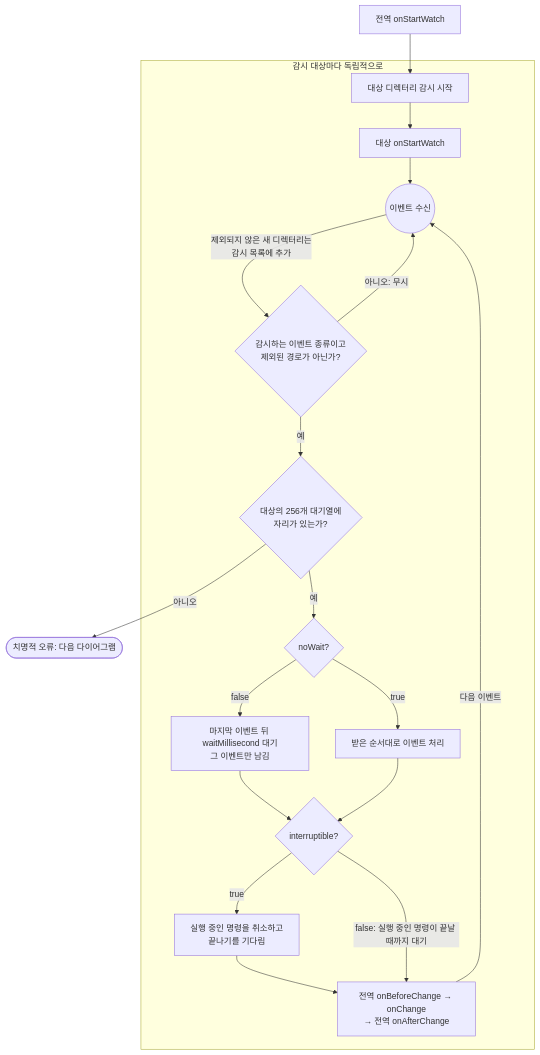
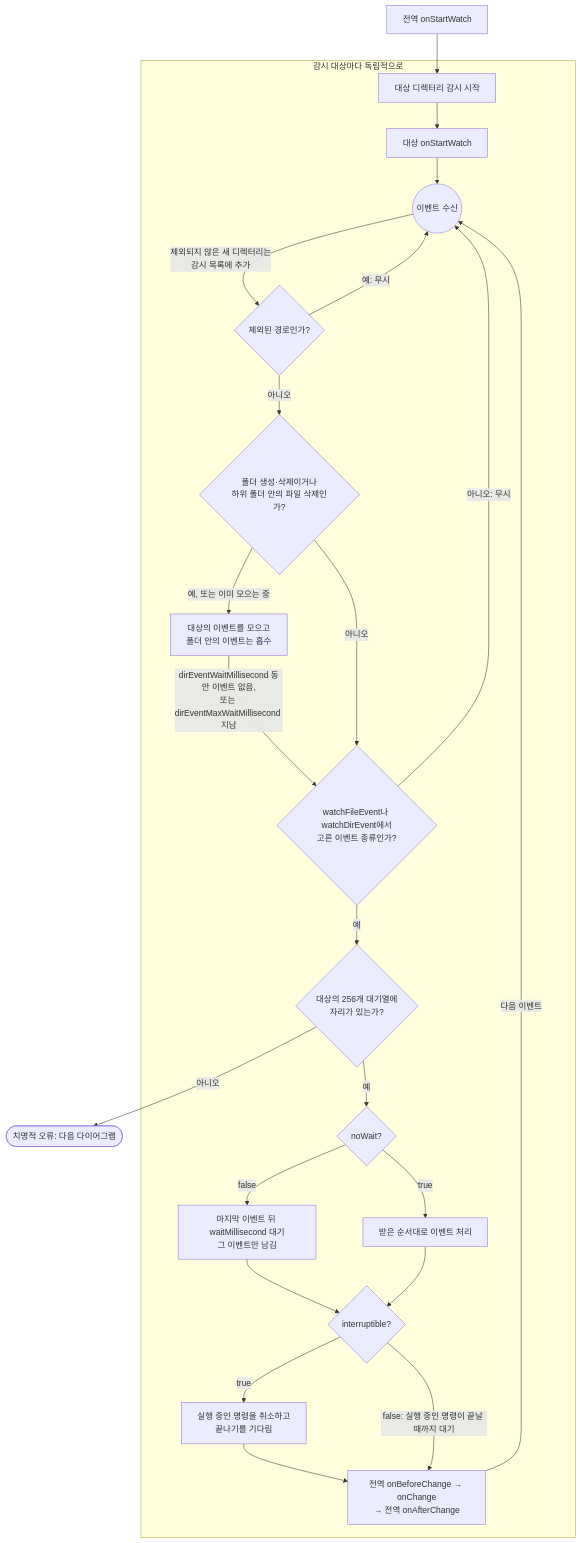
One commit to seungyeop-lee/directory-watcher changed the first of 2 diagrams in README.ko.md. Above: the diagram before and after it, drawn with Mermaid. The commit also changed other lines of this file and 50 other files, not shown here.

First line of the commit message:
feat!: 폴더 생성·삭제를 맨 위 폴더의 이벤트 하나로 알리고 watchEvent를 나눔

````diff
--- a/README.ko.md
+++ b/README.ko.md
@@ -149,35 +150,43 @@
 ```mermaid
 flowchart TD
     globalStart["전역 onStartWatch"]
     subgraph eachTarget["감시 대상마다 독립적으로"]
         watchDirs["대상 디렉터리 감시 시작"]
         targetStart["대상 onStartWatch"]
         receiveEvent(("이벤트 수신"))
-        filterEvent{"감시하는 이벤트 종류이고<br>제외된 경로가 아닌가?"}
+        excludeCheck{"제외된 경로인가?"}
+        collectChoice{"폴더 생성·삭제이거나<br>하위 폴더 안의 파일 삭제인가?"}
+        collectFolder["대상의 이벤트를 모으고<br>폴더 안의 이벤트는 흡수"]
+        kindFilter{"watchFileEvent나 watchDirEvent에서<br>고른 이벤트 종류인가?"}
         queueEvent{"대상의 256개 대기열에<br>자리가 있는가?"}
         modeChoice{"noWait?"}
         debounceWait["마지막 이벤트 뒤 waitMillisecond 대기<br>그 이벤트만 남김"]
         orderedRun["받은 순서대로 이벤트 처리"]
         interruptChoice{"interruptible?"}
         cancelPrevious["실행 중인 명령을 취소하고<br>끝나기를 기다림"]
         runChange["전역 onBeforeChange → onChange<br>→ 전역 onAfterChange"]
     end
     fatalStop(["치명적 오류: 다음 다이어그램"])
 
     globalStart --> watchDirs
     watchDirs --> targetStart
     targetStart --> receiveEvent
-    receiveEvent -->|"제외되지 않은 새 디렉터리는<br>감시 목록에 추가"| filterEvent
-    filterEvent -->|"아니오: 무시"| receiveEvent
-    filterEvent -->|"예"| queueEvent
+    receiveEvent -->|"제외되지 않은 새 디렉터리는<br>감시 목록에 추가"| excludeCheck
+    excludeCheck -->|"예: 무시"| receiveEvent
+    excludeCheck -->|"아니오"| collectChoice
+    collectChoice -->|"예, 또는 이미 모으는 중"| collectFolder
+    collectChoice -->|"아니오"| kindFilter
+    collectFolder -->|"dirEventWaitMillisecond 동안 이벤트 없음,<br>또는 dirEventMaxWaitMillisecond 지남"| kindFilter
+    kindFilter -->|"아니오: 무시"| receiveEvent
+    kindFilter -->|"예"| queueEvent
     queueEvent -->|"아니오"| fatalStop
     queueEvent -->|"예"| modeChoice
     modeChoice -->|"false"| debounceWait
     modeChoice -->|"true"| orderedRun
     debounceWait --> interruptChoice
     orderedRun --> interruptChoice
     interruptChoice -->|"true"| cancelPrevious
     interruptChoice -->|"false: 실행 중인 명령이 끝날 때까지 대기"| runChange
     cancelPrevious --> runChange
     runChange -->|"다음 이벤트"| receiveEvent
 ```
````
